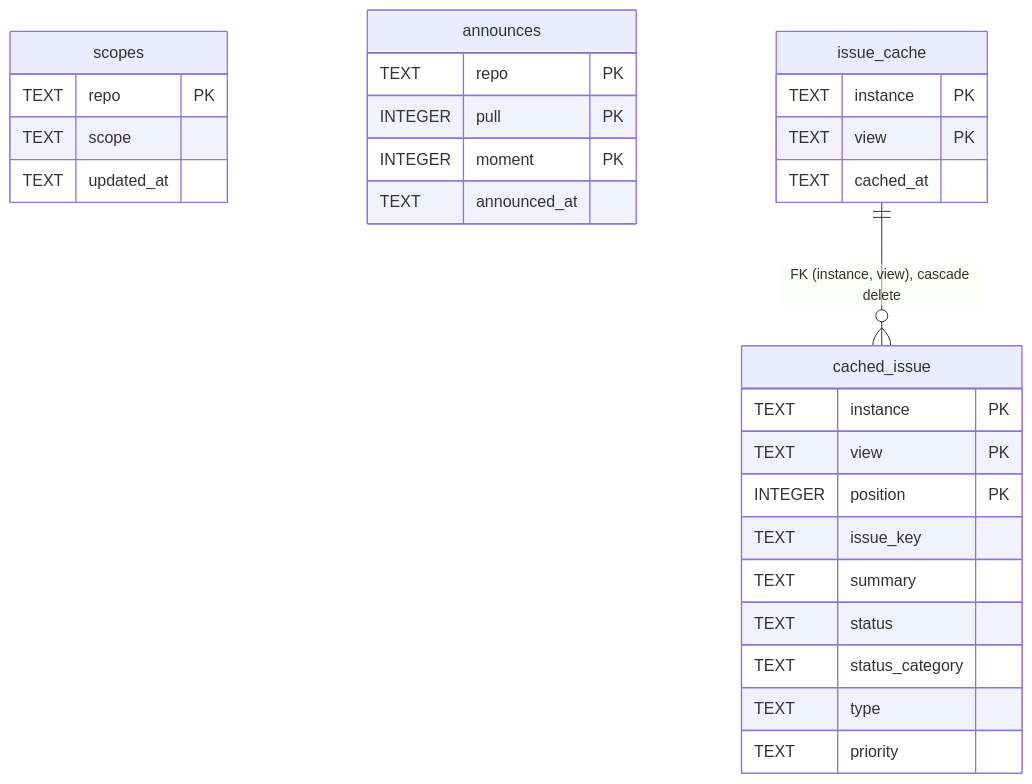
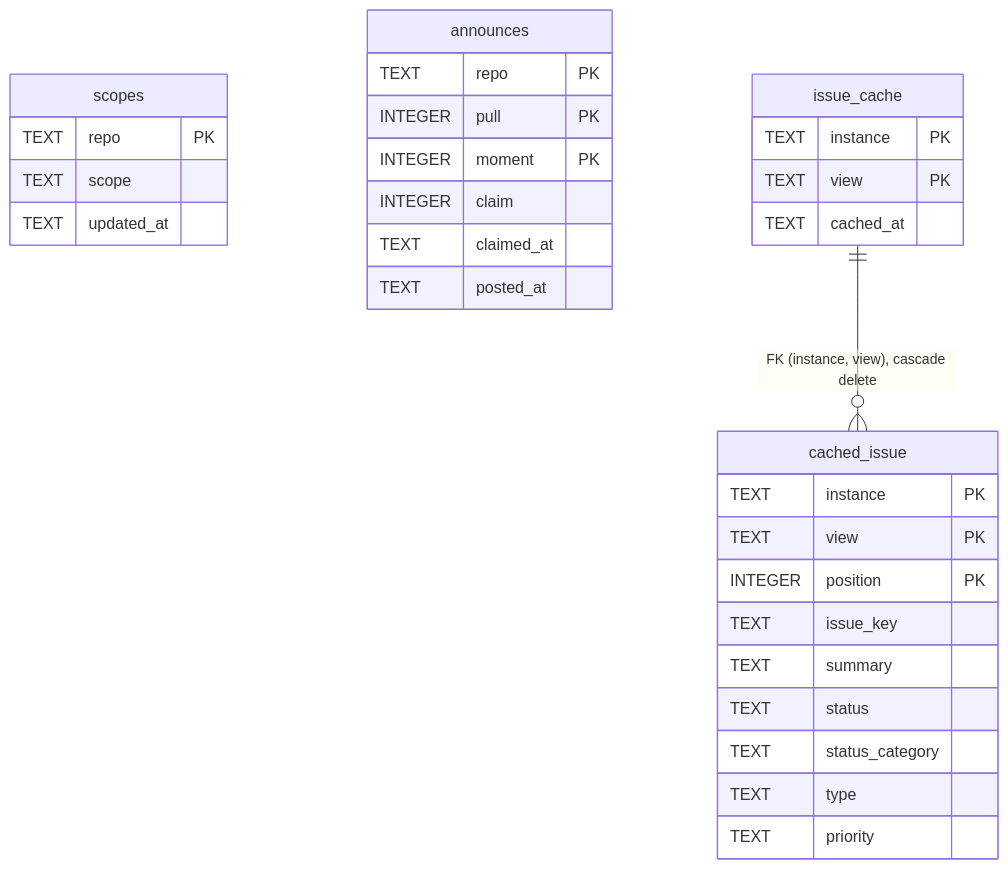
The third of 4 diagrams in ARCHITECTURE.md (jacob-delgado/workflow), drawn with Mermaid before and after one commit. The commit also changed other lines of this file and 11 other files, not shown here.

````diff
--- a/ARCHITECTURE.md
+++ b/ARCHITECTURE.md
@@ -342,31 +342,33 @@
 ```mermaid
 erDiagram
     scopes {
         TEXT repo PK
         TEXT scope
         TEXT updated_at
     }
     announces {
         TEXT repo PK
         INTEGER pull PK
         INTEGER moment PK
-        TEXT announced_at
+        INTEGER claim
+        TEXT claimed_at
+        TEXT posted_at
     }
     issue_cache ||--o{ cached_issue : "FK (instance, view), cascade delete"
     issue_cache {
         TEXT instance PK
         TEXT view PK
         TEXT cached_at
     }
     cached_issue {
         TEXT instance PK
         TEXT view PK
         INTEGER position PK
         TEXT issue_key
         TEXT summary
         TEXT status
         TEXT status_category
         TEXT type
         TEXT priority
     }
 ```
````
